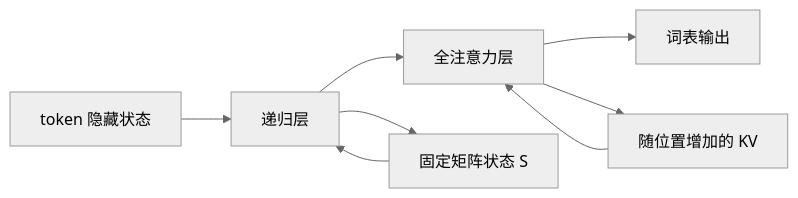
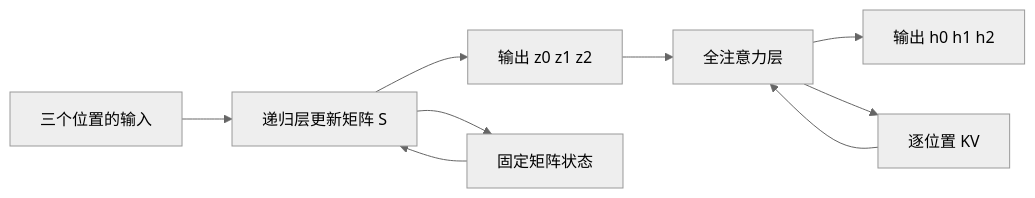
Before and after one commit to cyberspacelee/llms-from-scratch: the diagram in site/src/content/lessons/advanced/hybrid-attention.mdx, drawn with Mermaid (neutral theme). The commit also changed other lines of this file and 140 other files, not shown here.

````diff
--- a/site/src/content/lessons/advanced/hybrid-attention.mdx
+++ b/site/src/content/lessons/advanced/hybrid-attention.mdx
@@ -105,10 +78,11 @@
-```mermaid
+~~~mermaid
 flowchart LR
-  X[token 隐藏状态] --> R[递归层]
-  R --> F[全注意力层]
-  F --> O[词表输出]
-  S[固定矩阵状态 S] --> R
+  X[三个位置的输入] --> R[递归层更新矩阵 S]
+  R --> Z[输出 z0 z1 z2]
+  Z --> A[全注意力层]
+  A --> H[输出 h0 h1 h2]
+  S[固定矩阵状态] --> R
   R --> S
-  K[随位置增加的 KV] --> F
-  F --> K
-```
+  KV[逐位置 KV] --> A
+  A --> KV
+~~~
````
